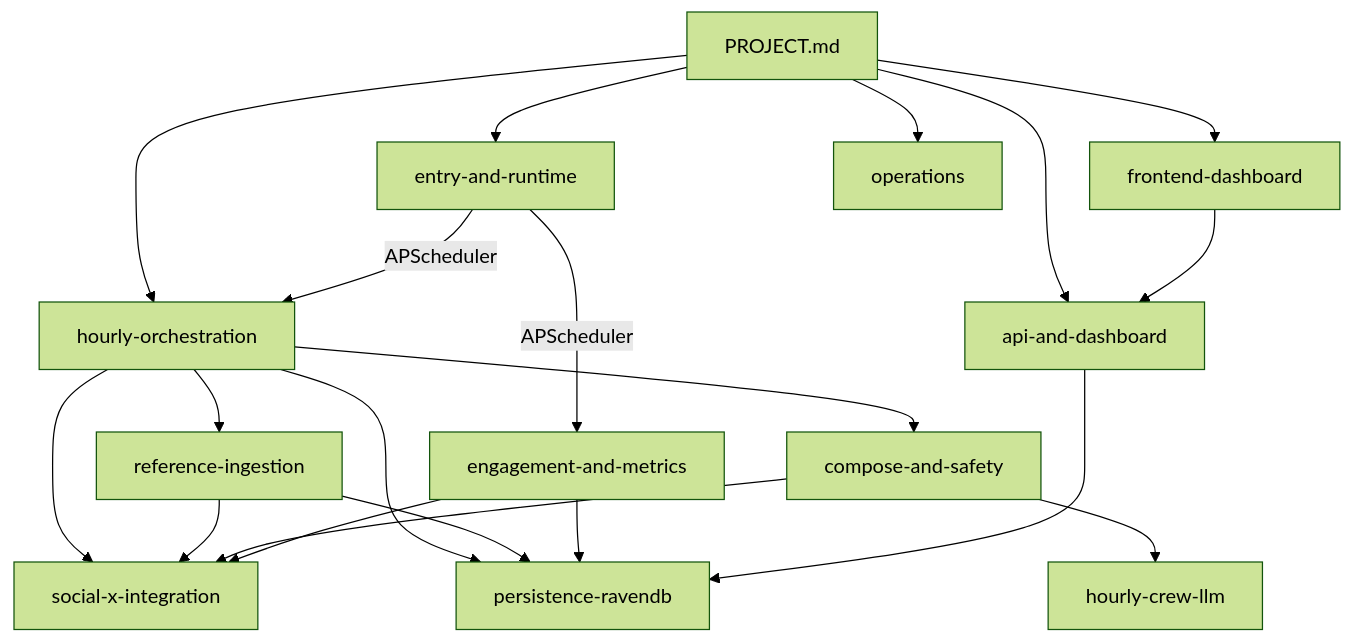
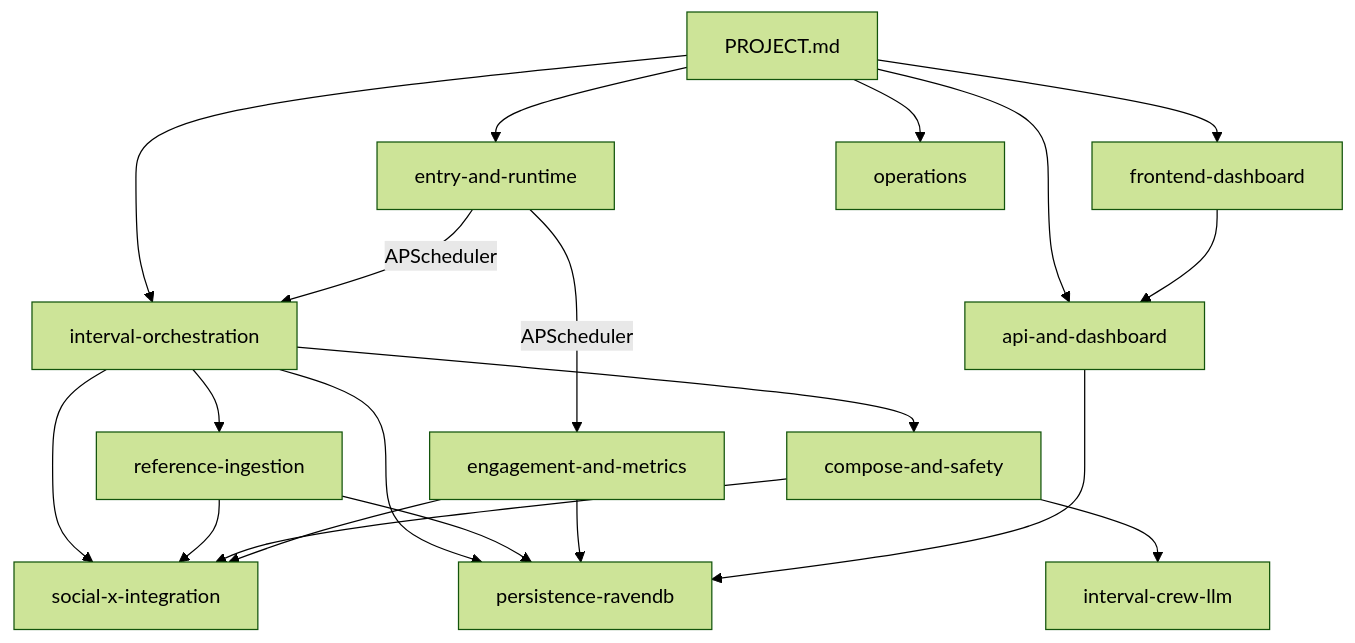
The diagram in docs/PROJECT.md (Baker-C/SocialMediaSwarm), drawn with Mermaid (forest theme) before and after one commit. The commit also changed other lines of this file and 119 other files, not shown here.

First line of the commit message:
Rename hourly posting pipeline to interval-based naming.

````diff
--- a/docs/PROJECT.md
+++ b/docs/PROJECT.md
@@ -41,37 +41,37 @@
 ```mermaid
 flowchart TB
     PROJECT[PROJECT.md]
     ENTRY[entry-and-runtime]
     API[api-and-dashboard]
-    ORCH[hourly-orchestration]
+    ORCH[interval-orchestration]
     REF[reference-ingestion]
     COMPOSE[compose-and-safety]
-    CREW[hourly-crew-llm]
+    CREW[interval-crew-llm]
     SOCIAL[social-x-integration]
     RDB[persistence-ravendb]
     ENG[engagement-and-metrics]
     FE[frontend-dashboard]
     OPS[operations]
 
     PROJECT --> ENTRY & API & ORCH & FE & OPS
 
     ENTRY -->|APScheduler| ORCH
     ENTRY -->|APScheduler| ENG
 
     ORCH --> REF
     ORCH --> COMPOSE
     ORCH --> RDB
     ORCH --> SOCIAL
 
     REF --> SOCIAL
     REF --> RDB
 
     COMPOSE --> CREW
     COMPOSE --> SOCIAL
 
     ENG --> SOCIAL
     ENG --> RDB
 
     API --> RDB
     FE --> API
 ```
````
